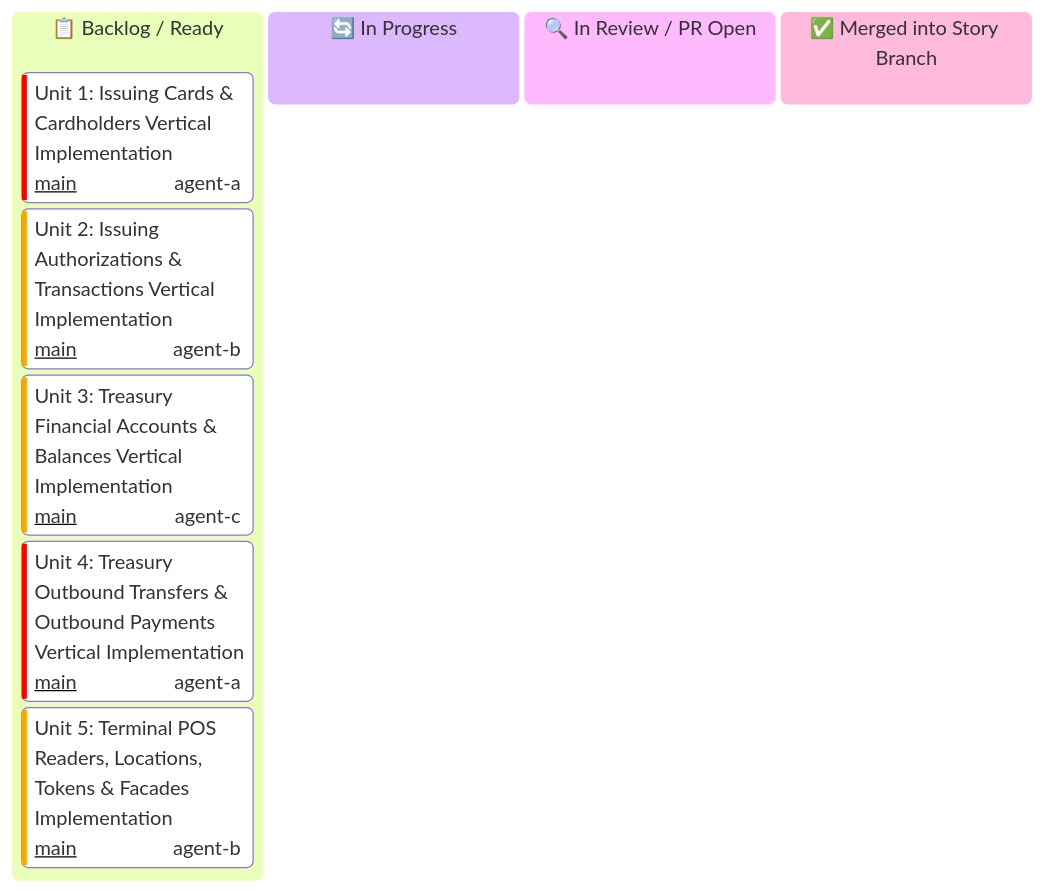
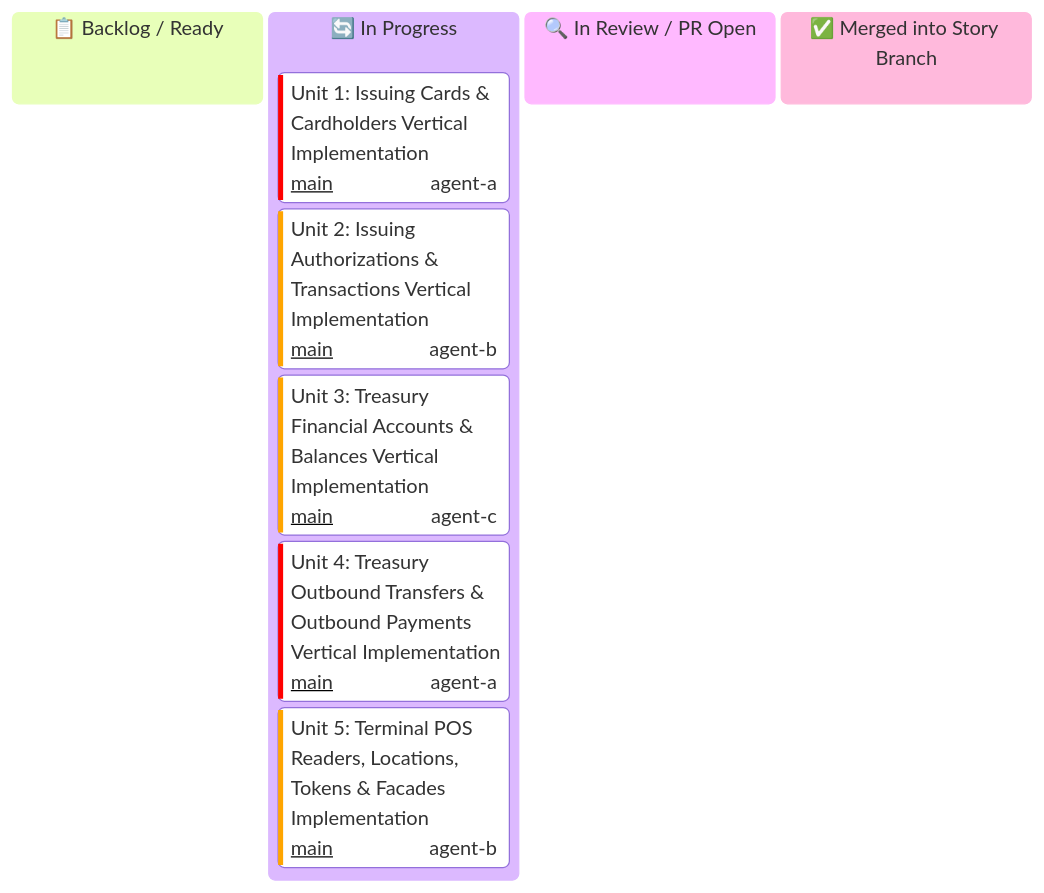
One commit to some-of-cs/some-stripe changed the diagram in docs/user-stories/module-7-specialized-product-namespaces/US-7.2.0-KANBAN.md. Above: the diagram before and after it, drawn with Mermaid. The commit also changed other lines of this file and 4 other files, not shown here.

````diff
--- a/docs/user-stories/module-7-specialized-product-namespaces/US-7.2.0-KANBAN.md
+++ b/docs/user-stories/module-7-specialized-product-namespaces/US-7.2.0-KANBAN.md
@@ -16,17 +16,17 @@
 ```mermaid
 ---
 config:
   kanban:
     ticketBaseUrl: 'https://github.com/some-of-cs/some-stripe/pull/#TICKET#'
 ---
 kanban
   todo[📋 Backlog / Ready]
+  in_progress[🔄 In Progress]
     u1[Unit 1: Issuing Cards & Cardholders Vertical Implementation]@{ ticket: 'main', assigned: 'agent-a', priority: 'Very High' }
     u2[Unit 2: Issuing Authorizations & Transactions Vertical Implementation]@{ ticket: 'main', assigned: 'agent-b', priority: 'High' }
     u3[Unit 3: Treasury Financial Accounts & Balances Vertical Implementation]@{ ticket: 'main', assigned: 'agent-c', priority: 'High' }
     u4[Unit 4: Treasury Outbound Transfers & Outbound Payments Vertical Implementation]@{ ticket: 'main', assigned: 'agent-a', priority: 'Very High' }
     u5[Unit 5: Terminal POS Readers, Locations, Tokens & Facades Implementation]@{ ticket: 'main', assigned: 'agent-b', priority: 'High' }
-  in_progress[🔄 In Progress]
   in_review[🔍 In Review / PR Open]
   done[✅ Merged into Story Branch]
 ```
````
